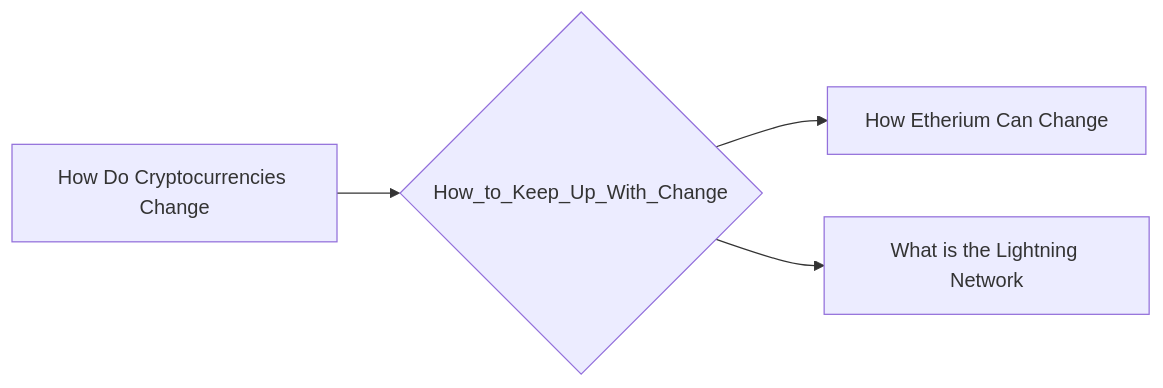
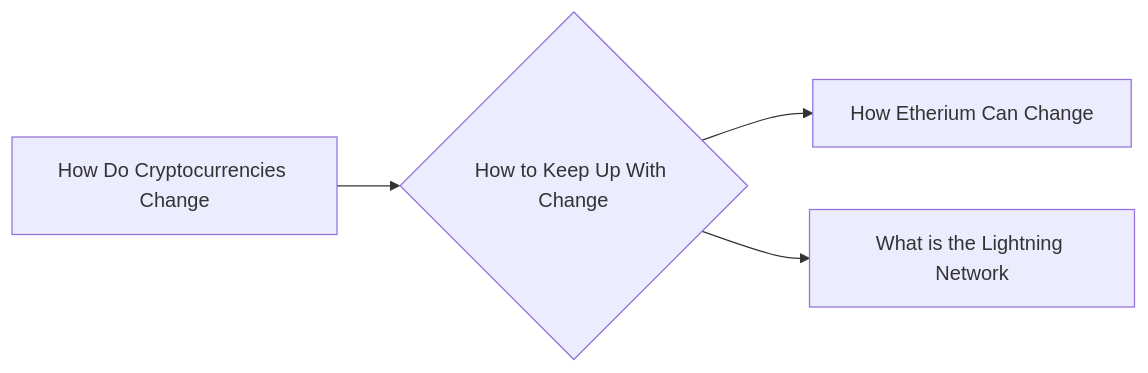
The diagram in notes/How_to_Keep_Up_With_Change.md (lpurdy01/crypto-knowledge-map), drawn with Mermaid before and after one commit. The commit also changed 58 other files, not shown here.

````diff
--- a/notes/How_to_Keep_Up_With_Change.md
+++ b/notes/How_to_Keep_Up_With_Change.md
@@ -6,6 +6,6 @@
 ```mermaid
 graph LR
-1["How Do Cryptocurrencies Change"]-->0{"How_to_Keep_Up_With_Change"}
-0{"How_to_Keep_Up_With_Change"}-->2["How Etherium Can Change"]
-0{"How_to_Keep_Up_With_Change"}-->3["What is the Lightning Network"]
+1["How Do Cryptocurrencies Change"]-->0{"How to Keep Up With Change"}
+0{"How to Keep Up With Change"}-->2["How Etherium Can Change"]
+0{"How to Keep Up With Change"}-->3["What is the Lightning Network"]
 ```
````
